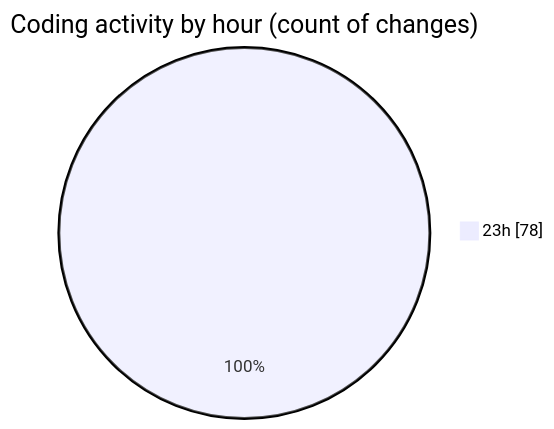
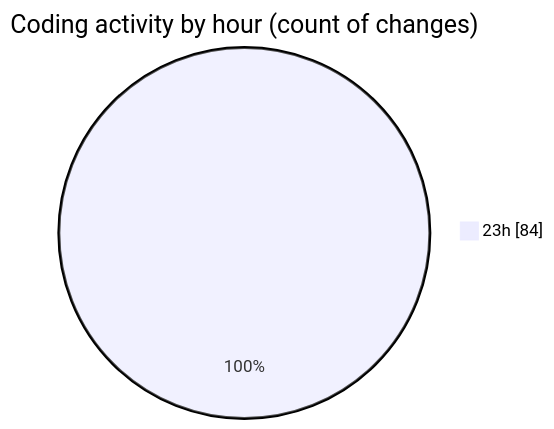
Before and after one commit to Ritupan-Deka/code-tracking: the second of 2 diagrams in 2025-07-21/javascript/README.md, drawn with Mermaid. The commit also changed other lines of this file and 1 other file, not shown here.

````diff
--- a/2025-07-21/javascript/README.md
+++ b/2025-07-21/javascript/README.md
@@ -30,5 +30,5 @@
 ```mermaid
 pie showData
 title Coding activity by hour (count of changes)
-"23h" : 78
+"23h" : 84
 ```
````
